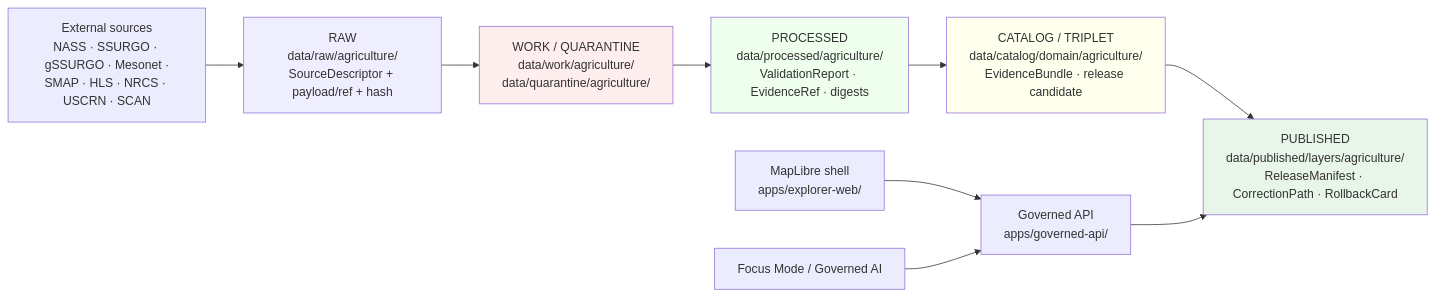
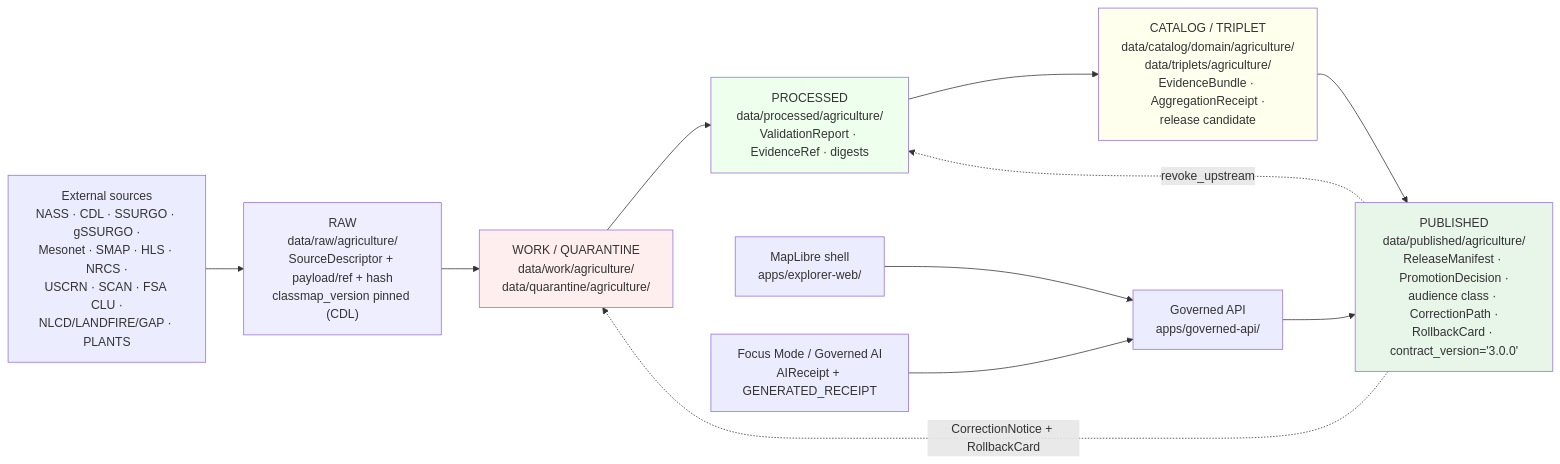
The third of 4 diagrams in docs/domains/agriculture/EXPANSION_PLAN.md (bartytime4life/Kansas-Frontier-Matrix), drawn with Mermaid before and after one commit. The commit also changed other lines of this file, not shown here.

````diff
--- a/docs/domains/agriculture/EXPANSION_PLAN.md
+++ b/docs/domains/agriculture/EXPANSION_PLAN.md
@@ -230,19 +318,22 @@
 ```mermaid
 flowchart LR
-    SRC["External sources<br/>NASS · SSURGO · gSSURGO · Mesonet ·<br/>SMAP · HLS · NRCS · USCRN · SCAN"]
-    SRC --> RAW["RAW<br/>data/raw/agriculture/<br/>SourceDescriptor + payload/ref + hash"]
+    SRC["External sources<br/>NASS · CDL · SSURGO · gSSURGO ·<br/>Mesonet · SMAP · HLS · NRCS ·<br/>USCRN · SCAN · FSA CLU ·<br/>NLCD/LANDFIRE/GAP · PLANTS"]
+    SRC --> RAW["RAW<br/>data/raw/agriculture/<br/>SourceDescriptor + payload/ref + hash<br/>classmap_version pinned (CDL)"]
     RAW --> WQ["WORK / QUARANTINE<br/>data/work/agriculture/<br/>data/quarantine/agriculture/"]
     WQ --> PROC["PROCESSED<br/>data/processed/agriculture/<br/>ValidationReport · EvidenceRef · digests"]
-    PROC --> CAT["CATALOG / TRIPLET<br/>data/catalog/domain/agriculture/<br/>EvidenceBundle · release candidate"]
-    CAT --> PUB["PUBLISHED<br/>data/published/layers/agriculture/<br/>ReleaseManifest · CorrectionPath · RollbackCard"]
+    PROC --> CAT["CATALOG / TRIPLET<br/>data/catalog/domain/agriculture/<br/>data/triplets/agriculture/<br/>EvidenceBundle · AggregationReceipt ·<br/>release candidate"]
+    CAT --> PUB["PUBLISHED<br/>data/published/agriculture/<br/>ReleaseManifest · PromotionDecision ·<br/>audience class · CorrectionPath ·<br/>RollbackCard · contract_version='3.0.0'"]
 
     GA["Governed API<br/>apps/governed-api/"] --> PUB
     UI["MapLibre shell<br/>apps/explorer-web/"] --> GA
-    AI["Focus Mode / Governed AI"] --> GA
+    AI["Focus Mode / Governed AI<br/>AIReceipt + GENERATED_RECEIPT"] --> GA
+
+    PUB -. "CorrectionNotice + RollbackCard" .-> WQ
+    PUB -. "revoke_upstream" .-> PROC
 
     style RAW fill:#eef
     style WQ fill:#fee
     style PROC fill:#efe
     style CAT fill:#ffe
     style PUB fill:#e8f5e9
 ```
````
